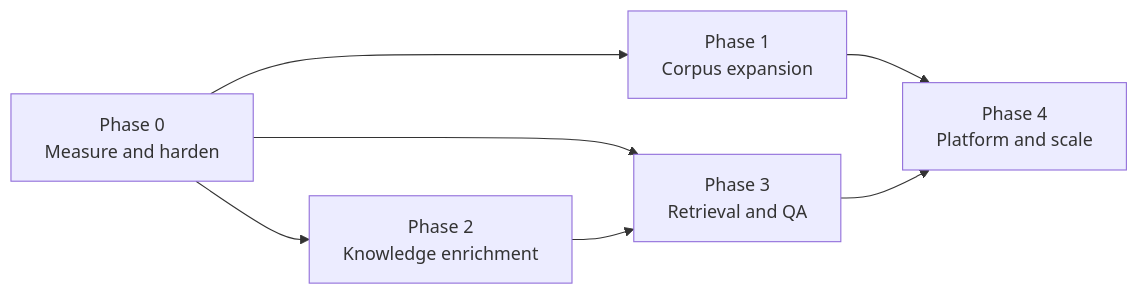
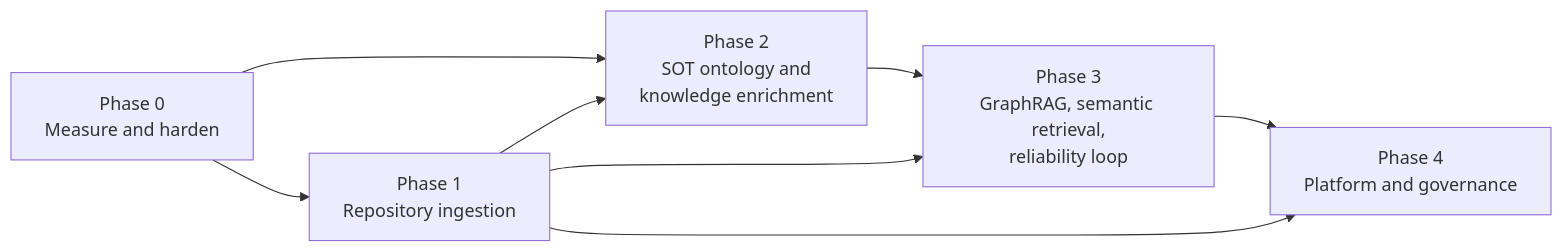
One commit to vkonda2000/indic-knowledge-graph changed the diagram in docs/06-roadmap.md. Above: the diagram before and after it, drawn with Mermaid. The commit also changed other lines of this file and 3 other files, not shown here.

````diff
--- a/docs/06-roadmap.md
+++ b/docs/06-roadmap.md
@@ -65,9 +67,10 @@
 ```mermaid
 flowchart LR
-    P0[Phase 0<br/>Measure and harden] --> P1[Phase 1<br/>Corpus expansion]
-    P0 --> P2[Phase 2<br/>Knowledge enrichment]
-    P0 --> P3[Phase 3<br/>Retrieval and QA]
-    P2 --> P3
-    P1 --> P4[Phase 4<br/>Platform and scale]
-    P3 --> P4
+    P0[Phase 0<br/>Measure and harden] --> P1[Phase 1<br/>Repository ingestion]
+    P0 --> P2[Phase 2<br/>SOT ontology and<br/>knowledge enrichment]
+    P1 --> P2
+    P2 --> P3[Phase 3<br/>GraphRAG, semantic retrieval,<br/>reliability loop]
+    P1 --> P3
+    P3 --> P4[Phase 4<br/>Platform and governance]
+    P1 --> P4
 ```
````
